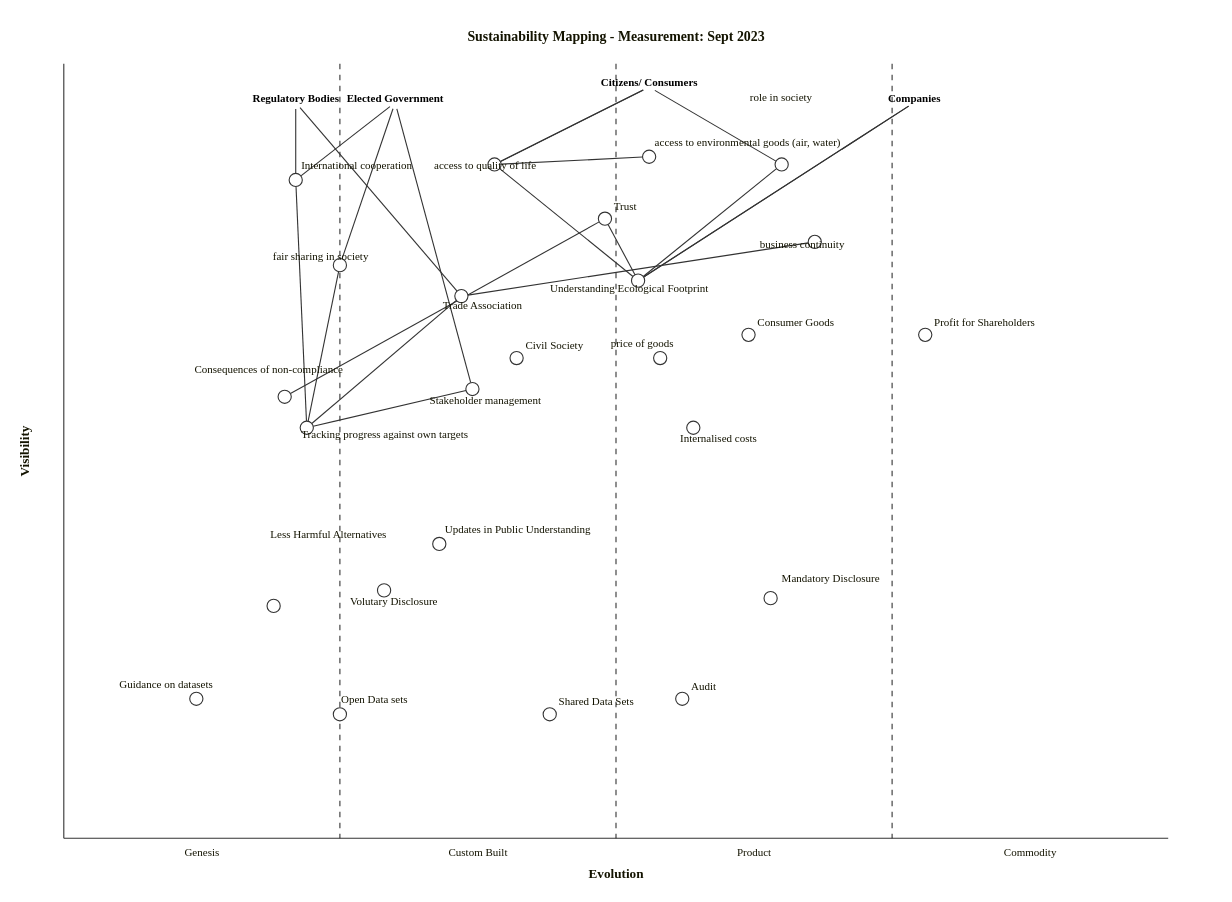
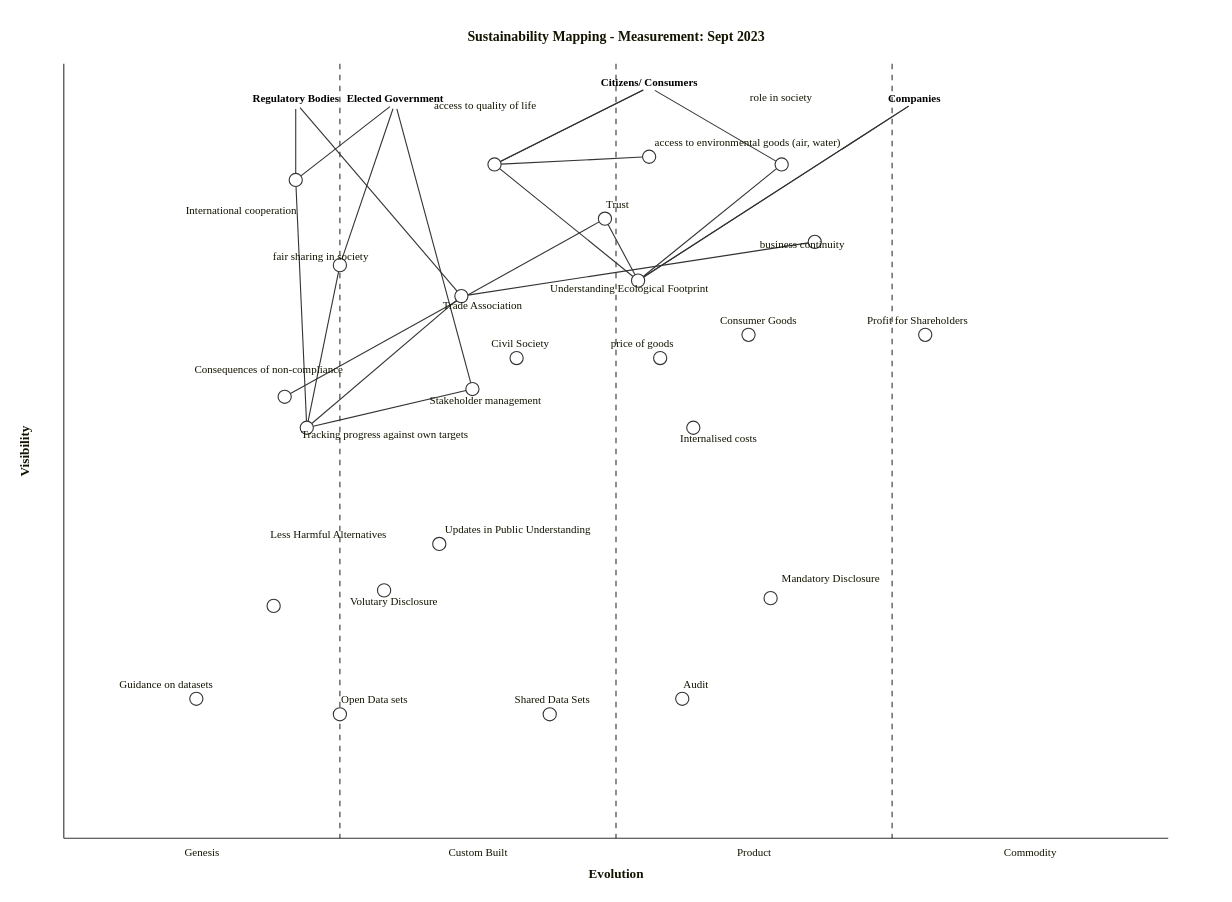
Before and after one commit to tractorjuice/wardley-maps-mermaid: the diagram in sustainability/measurement.mmd, drawn with Mermaid. The commit also changed 143 other files, not shown here.

```diff
--- a/sustainability/measurement.mmd
+++ b/sustainability/measurement.mmd
@@ -1,67 +1,67 @@
 wardley-beta
 title Sustainability Mapping - Measurement: Sept 2023
 size [1100, 800]
 
 anchor Regulatory Bodies [0.95, 0.21]
 anchor "Citizens/ Consumers" [0.97, 0.53]
 anchor Companies [0.95, 0.77]
 anchor Elected Government [0.95, 0.30]
 
 component Trade Association [0.70, 0.36] label [-17, 12]
-component Civil Society [0.62, 0.41]
+component Civil Society [0.62, 0.41] label [-23, -10]
 
 component "access to environmental goods (air, water)" [0.88, 0.53] label [5, -10]
-component access to quality of life [0.87, 0.39] label [-55, 4]
+component access to quality of life [0.87, 0.39] label [-55, -50]
 
 component Understanding Ecological Footprint [0.72, 0.52] label [-80, 10]
 
 component price of goods [0.62, 0.54] label [-45, -10]
 component business continuity [0.77, 0.68] label [-50, 6]
 component role in society [0.87, 0.65] label [-29, -58]
 
-component Trust [0.80, 0.49]
-component Profit for Shareholders [0.65, 0.78]
-component Consumer Goods [0.65, 0.62]
+component Trust [0.80, 0.49] label [1, -10]
+component Profit for Shareholders [0.65, 0.78] label [-53, -10]
+component Consumer Goods [0.65, 0.62] label [-26, -10]
 component Consequences of non-compliance [0.57, 0.20] label [-82, -22]
 
 component Internalised costs [0.53, 0.57] label [-12, 13]
 component Less Harmful Alternatives [0.30, 0.19] label [-3, -62]
 component Updates in Public Understanding [0.38, 0.34] label [5, -10]
 component Mandatory Disclosure [0.31, 0.64] label [10, -15]
 component Volutary Disclosure [0.32, 0.29] label [-31, 13]
-component Audit [0.18, 0.56]
-component Shared Data Sets [0.16, 0.44]
+component Audit [0.18, 0.56] label [1, -10]
+component Shared Data Sets [0.16, 0.44] label [-32, -10]
 
 component Guidance on datasets [0.18, 0.12] label [-70, -10]
 
 component Open Data sets [0.16, 0.25] label [1, -10]
 
 component fair sharing in society [0.74, 0.25] label [-61, -5]
 
-component International cooperation [0.85, 0.21] label [5, -10]
+component International cooperation [0.85, 0.21] label [-100, 31]
 
 component Stakeholder management [0.58, 0.37] label [-39, 14]
 
 component Tracking progress against own targets [0.53, 0.22] label [-5, 9]
 
 access to quality of life -> "Citizens/ Consumers"
 "Citizens/ Consumers" -> access to quality of life
 
 access to quality of life -> "access to environmental goods (air, water)"
 Regulatory Bodies -> International cooperation
 Elected Government -> International cooperation
 Elected Government -> fair sharing in society
 "Citizens/ Consumers" -> role in society
 access to quality of life -> Understanding Ecological Footprint
 Understanding Ecological Footprint -> role in society
 Understanding Ecological Footprint -> Trust
 Understanding Ecological Footprint -> Companies
 Companies -> Understanding Ecological Footprint
 Elected Government -> Stakeholder management
 International cooperation -> Tracking progress against own targets
 fair sharing in society -> Tracking progress against own targets
 Stakeholder management -> Tracking progress against own targets
 business continuity -> Trade Association
 Regulatory Bodies -> Trade Association
 Trade Association -> Tracking progress against own targets
 Trust -> Consequences of non-compliance
```
